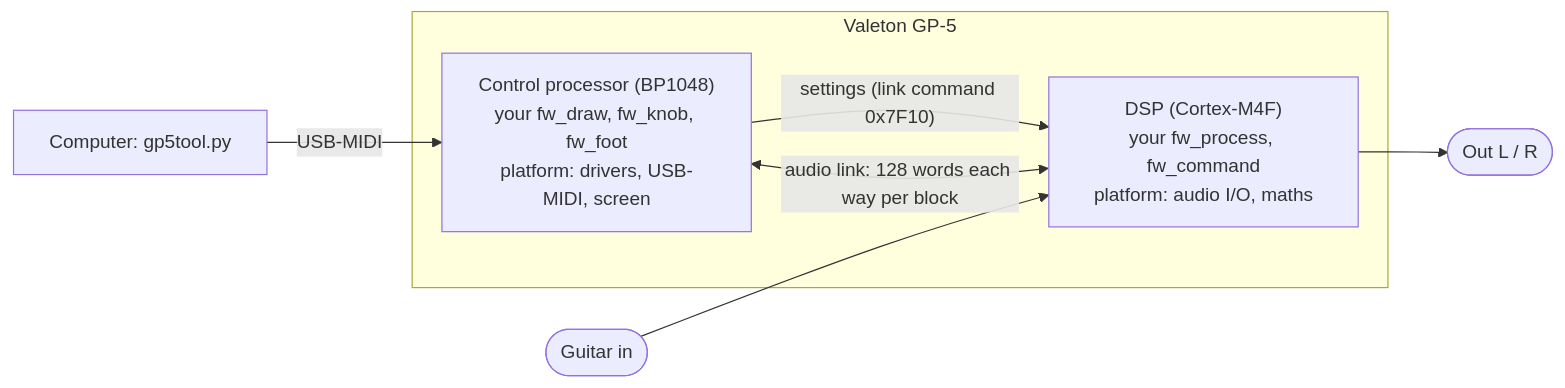
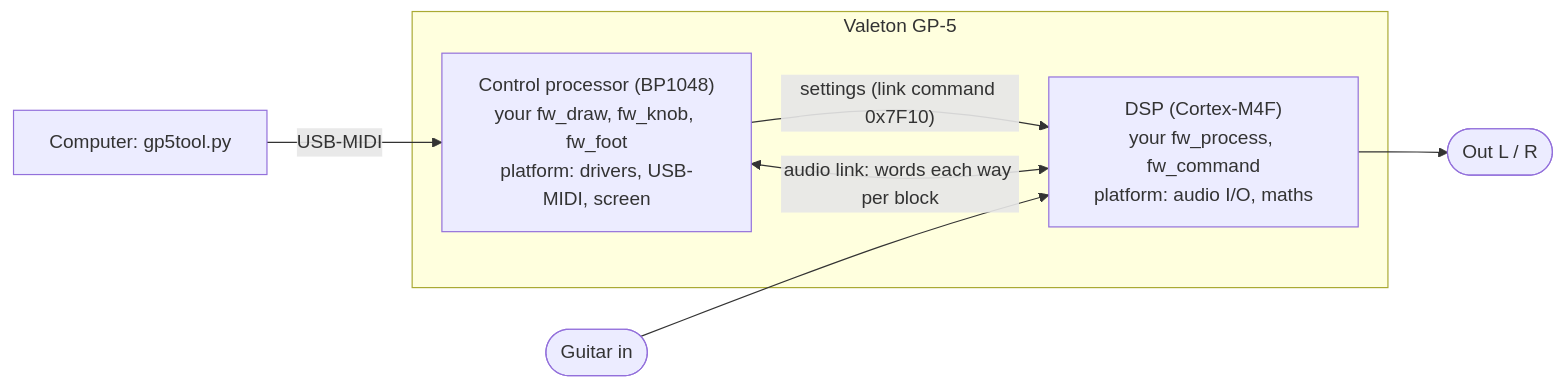
The diagram in README.md (OpenGP5/OpenGP5), drawn with Mermaid before and after one commit. The commit also changed other lines of this file and 17 other files, not shown here.

````diff
--- a/README.md
+++ b/README.md
@@ -84,12 +86,12 @@
 ```mermaid
 flowchart LR
     pc["Computer: gp5tool.py"] -- "USB-MIDI" --> ctl
     subgraph pedal["Valeton GP-5"]
         ctl["Control processor (BP1048)<br/>your fw_draw, fw_knob, fw_foot<br/>platform: drivers, USB-MIDI, screen"]
         dsp["DSP (Cortex-M4F)<br/>your fw_process, fw_command<br/>platform: audio I/O, maths"]
         ctl -- "settings (link command 0x7F10)" --> dsp
-        dsp <-- "audio link: 128 words each way per block" --> ctl
+        dsp <-- "audio link: words each way per block" --> ctl
     end
     guitar(["Guitar in"]) --> dsp
     dsp --> out(["Out L / R"])
 ```
````
